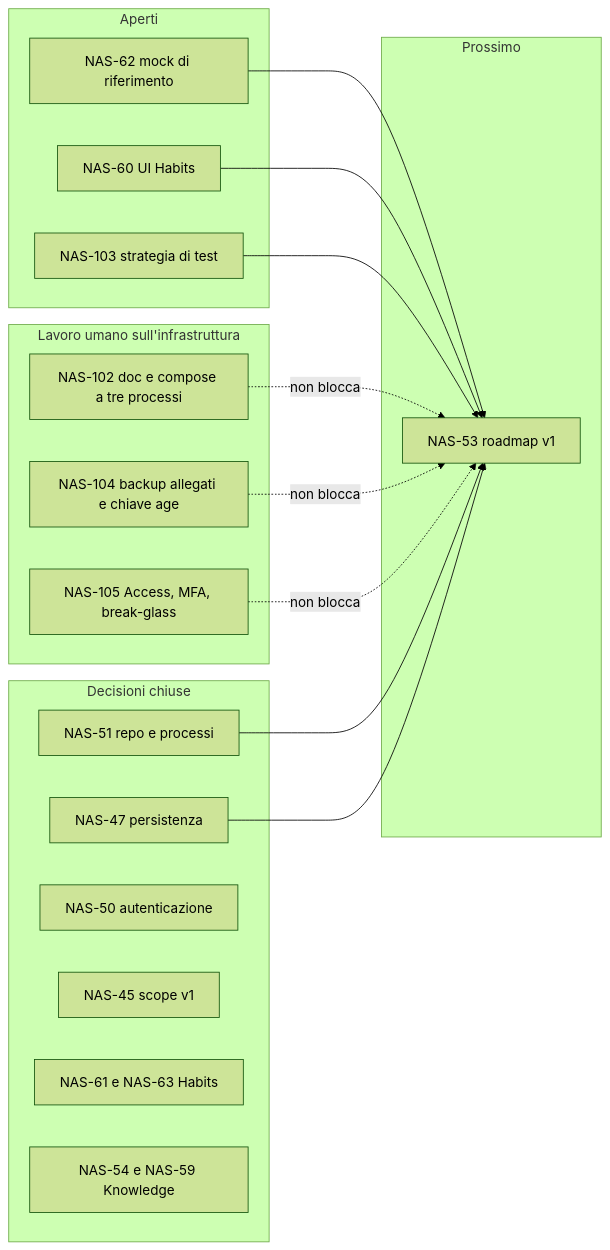
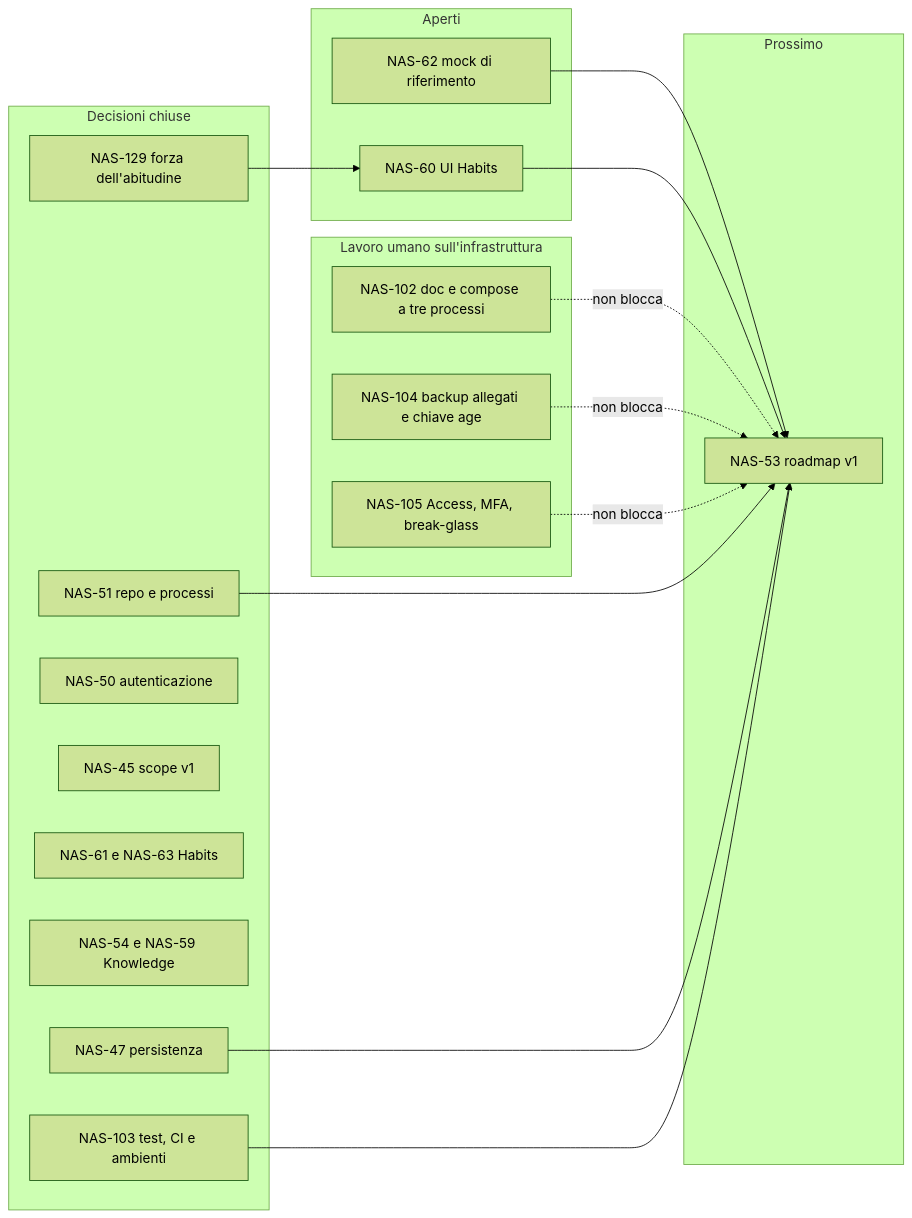
Diagram 23 of 23 in docs/architecture/diagrams.md (cgiovanni96/nando), drawn with Mermaid (forest theme) before and after one commit. The commit also changed other lines of this file and 1 other file, not shown here.

Commit message:
docs: strategia di test, CI e ambienti

````diff
--- a/docs/architecture/diagrams.md
+++ b/docs/architecture/diagrams.md
@@ -848,36 +848,38 @@
 ```mermaid
 flowchart LR
     subgraph DONE["Decisioni chiuse"]
         D1["NAS-51 repo e processi"]
         D2["NAS-47 persistenza"]
         D3["NAS-50 autenticazione"]
         D4["NAS-45 scope v1"]
         D5["NAS-61 e NAS-63 Habits"]
         D6["NAS-54 e NAS-59 Knowledge"]
+        D7["NAS-129 forza dell'abitudine"]
+        D8["NAS-103 test, CI e ambienti"]
     end
 
     subgraph OPEN["Aperti"]
         O1["NAS-62 mock di riferimento"]
         O2["NAS-60 UI Habits"]
-        O3["NAS-103 strategia di test"]
     end
 
     subgraph HUMAN["Lavoro umano sull'infrastruttura"]
         H1["NAS-102 doc e compose a tre processi"]
         H2["NAS-104 backup allegati e chiave age"]
         H3["NAS-105 Access, MFA, break-glass"]
     end
 
     subgraph NEXT["Prossimo"]
         R["NAS-53 roadmap v1"]
     end
 
     O1 --> R
     O2 --> R
-    O3 --> R
     H1 -.->|"non blocca"| R
     H2 -.->|"non blocca"| R
     H3 -.->|"non blocca"| R
     D1 --> R
     D2 --> R
+    D7 --> O2
+    D8 --> R
 ```
````
